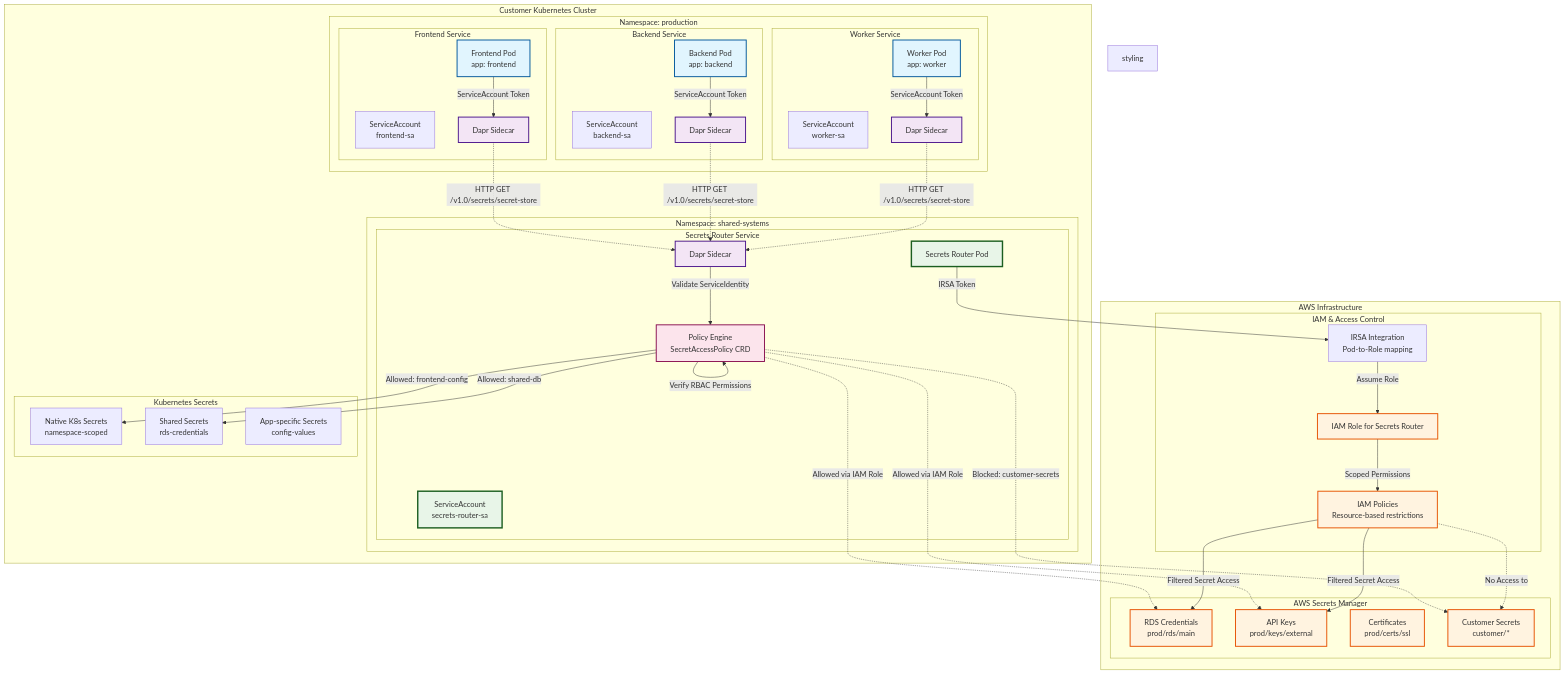
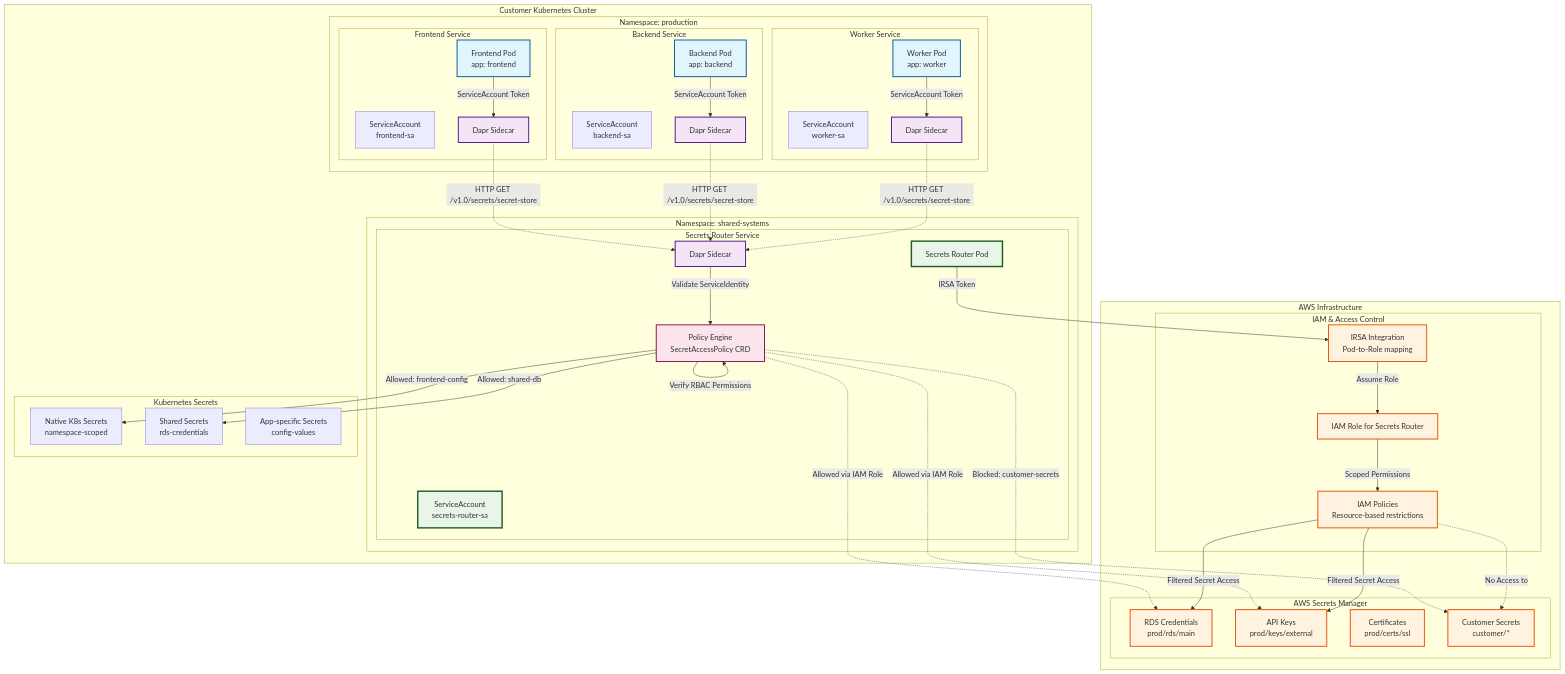
The first of 7 diagrams in docs/SECRET_ROUTER_DAPR_INTEGRATION.md (caretak3r/secrets-router), drawn with Mermaid before and after one commit. The commit also changed other lines of this file, not shown here.

Commit message:
fix: diagrams

````diff
--- a/docs/SECRET_ROUTER_DAPR_INTEGRATION.md
+++ b/docs/SECRET_ROUTER_DAPR_INTEGRATION.md
@@ -90,16 +90,22 @@
     IAM_POL -->|Filtered Secret Access| AWS_API
     IAM_POL -.->|No Access to| AWS_CUST
     
-    styling
-    classDef servicePod fill:#e1f5fe,stroke:#01579b,stroke-width:2px
-    classDef daprSidecar fill:#f3e5f5,stroke:#4a148c,stroke-width:2px
-    classDef secretsRouter fill:#e8f5e8,stroke:#1b5e20,stroke-width:3px
-    classDef awsService fill:#fff3e0,stroke:#e65100,stroke-width:2px
-    classDef policy fill:#fce4ec,stroke:#880e4f,stroke-width:2px
-    
-    class FE_POD,BE_POD,WR_POD servicePod
-    class FE_DAPR,BE_DAPR,WR_DAPR,SR_DAPR daprSidecar
-    class SR_POD,SR_POLICY,SR_SA secretsRouter
-    class AWS_RDS,AWS_API,AWS_CERT,AWS_CUST,IAM_ROLE,IAM_POL awsService
-    class SR_POLICY policy
+    style FE_POD fill:#e1f5fe,stroke:#01579b,stroke-width:2px
+    style BE_POD fill:#e1f5fe,stroke:#01579b,stroke-width:2px
+    style WR_POD fill:#e1f5fe,stroke:#01579b,stroke-width:2px
+    style FE_DAPR fill:#f3e5f5,stroke:#4a148c,stroke-width:2px
+    style BE_DAPR fill:#f3e5f5,stroke:#4a148c,stroke-width:2px
+    style WR_DAPR fill:#f3e5f5,stroke:#4a148c,stroke-width:2px
+    style SR_DAPR fill:#f3e5f5,stroke:#4a148c,stroke-width:2px
+    style SR_POD fill:#e8f5e8,stroke:#1b5e20,stroke-width:3px
+    style SR_POLICY fill:#e8f5e8,stroke:#1b5e20,stroke-width:3px
+    style SR_SA fill:#e8f5e8,stroke:#1b5e20,stroke-width:3px
+    style AWS_RDS fill:#fff3e0,stroke:#e65100,stroke-width:2px
+    style AWS_API fill:#fff3e0,stroke:#e65100,stroke-width:2px
+    style AWS_CERT fill:#fff3e0,stroke:#e65100,stroke-width:2px
+    style AWS_CUST fill:#fff3e0,stroke:#e65100,stroke-width:2px
+    style IAM_ROLE fill:#fff3e0,stroke:#e65100,stroke-width:2px
+    style IAM_POL fill:#fff3e0,stroke:#e65100,stroke-width:2px
+    style K8S_IRSA fill:#fff3e0,stroke:#e65100,stroke-width:2px
+    style SR_POLICY fill:#fce4ec,stroke:#880e4f,stroke-width:2px
 ```
````
